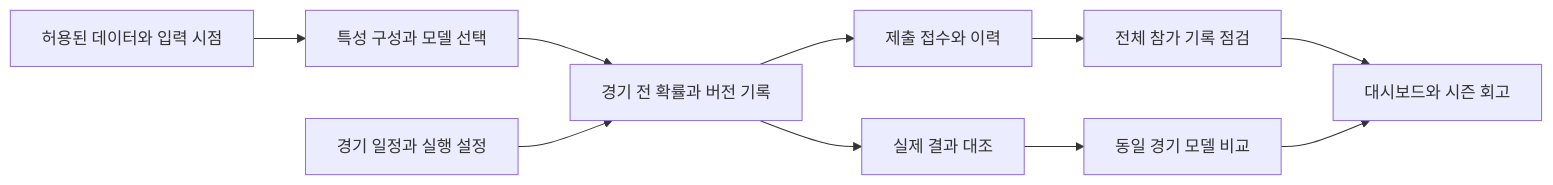
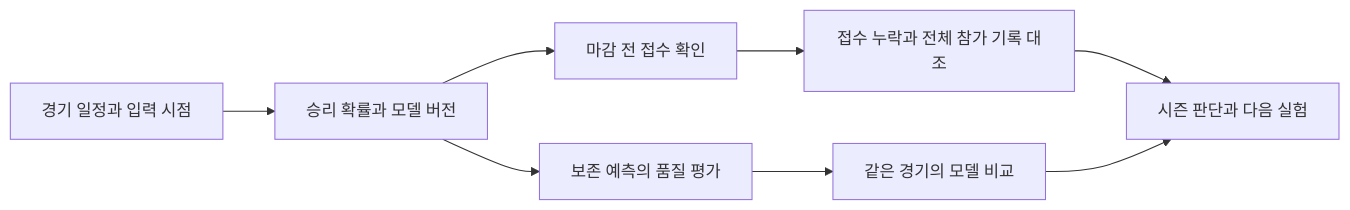
Before and after one commit to jinwon25/KBO-predictor: the diagram in README.md, drawn with Mermaid. The commit also changed other lines of this file and 8 other files, not shown here.

````diff
--- a/README.md
+++ b/README.md
@@ -53,12 +45,10 @@
 ```mermaid
 flowchart LR
-    A[허용된 데이터와 입력 시점] --> B[특성 구성과 모델 선택]
-    B --> C[경기 전 확률과 버전 기록]
-    D[경기 일정과 실행 설정] --> C
-    C --> E[제출 접수와 이력]
-    C --> F[실제 결과 대조]
-    E --> G[전체 참가 기록 점검]
-    F --> H[동일 경기 모델 비교]
-    G --> I[대시보드와 시즌 회고]
-    H --> I
+    A[경기 일정과 입력 시점] --> B[승리 확률과 모델 버전]
+    B --> C[마감 전 접수 확인]
+    B --> D[보존 예측의 품질 평가]
+    C --> E[접수 누락과 전체 참가 기록 대조]
+    D --> F[같은 경기의 모델 비교]
+    E --> G[시즌 판단과 다음 실험]
+    F --> G
 ```
````
